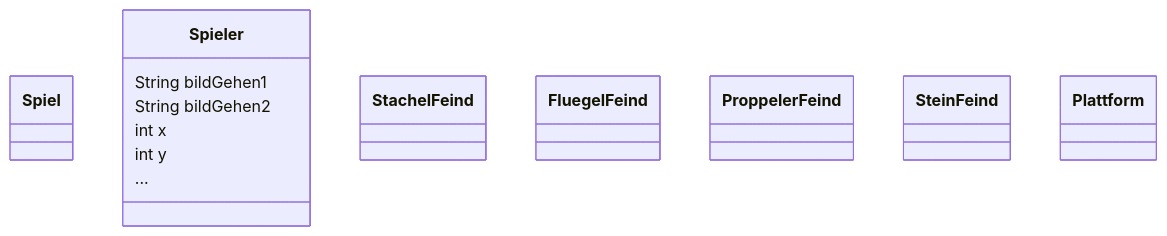
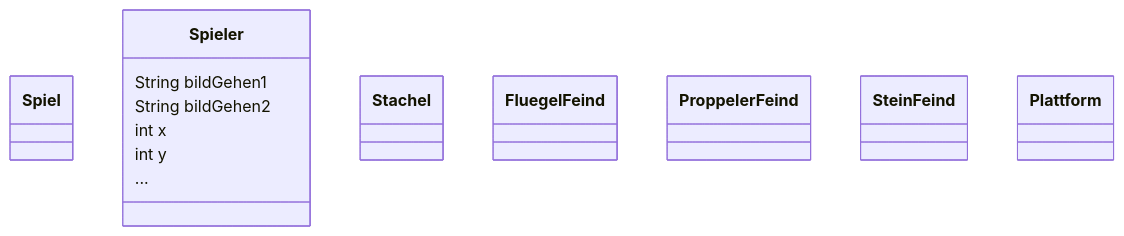
The diagram in book/projekte/bunny-hop/erste-modellierung/erste-modellierung-von-klassen.md (openpatch/hyperbook-informatik), drawn with Mermaid before and after one commit. The commit also changed 111 other files, not shown here.

````diff
--- a/book/projekte/bunny-hop/erste-modellierung/erste-modellierung-von-klassen.md
+++ b/book/projekte/bunny-hop/erste-modellierung/erste-modellierung-von-klassen.md
@@ -13,30 +13,30 @@
 ```mermaid
 classDiagram
 
     class Spiel {
 
     }
 
     class Spieler{
       String bildGehen1
       String bildGehen2
       int x
       int y
       ...
     }
-    class StachelFeind{
+    class Stachel{
 
     }
     class FluegelFeind {
 
     }
     class ProppelerFeind {
 
     }
     class SteinFeind {
 
     }
     class Plattform{
 
     }
 ```
````
